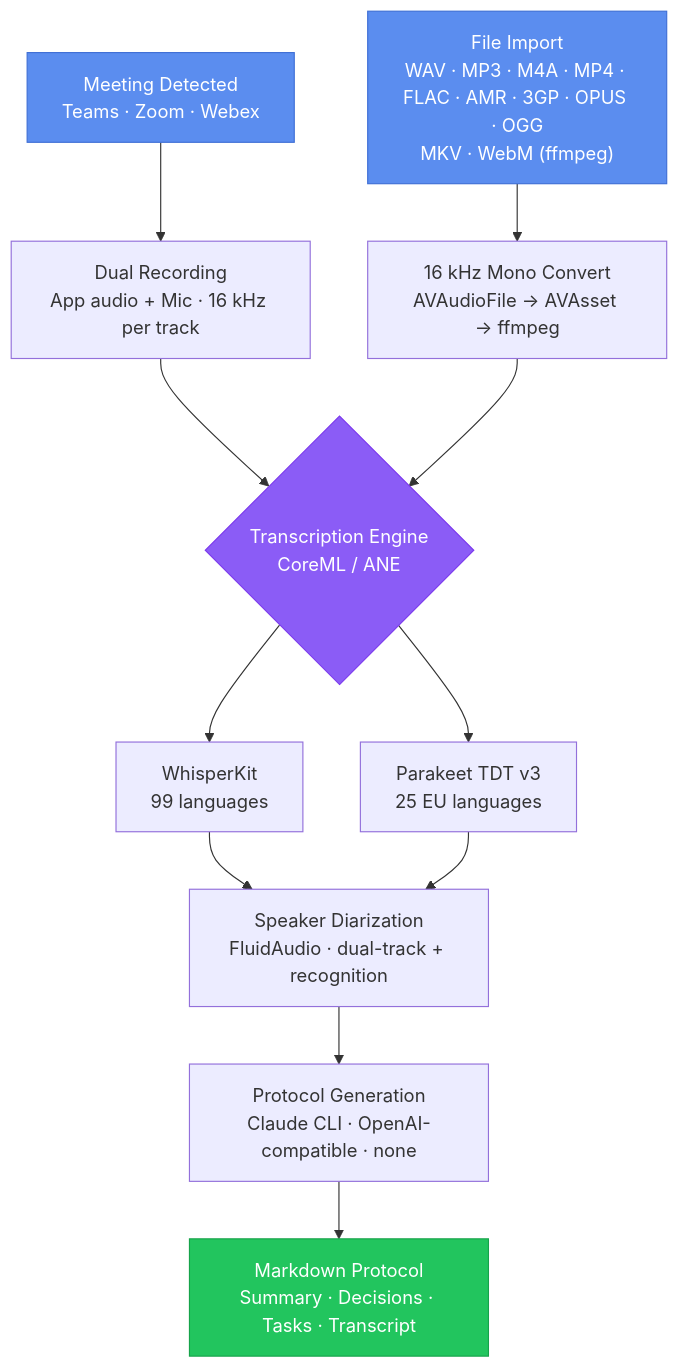
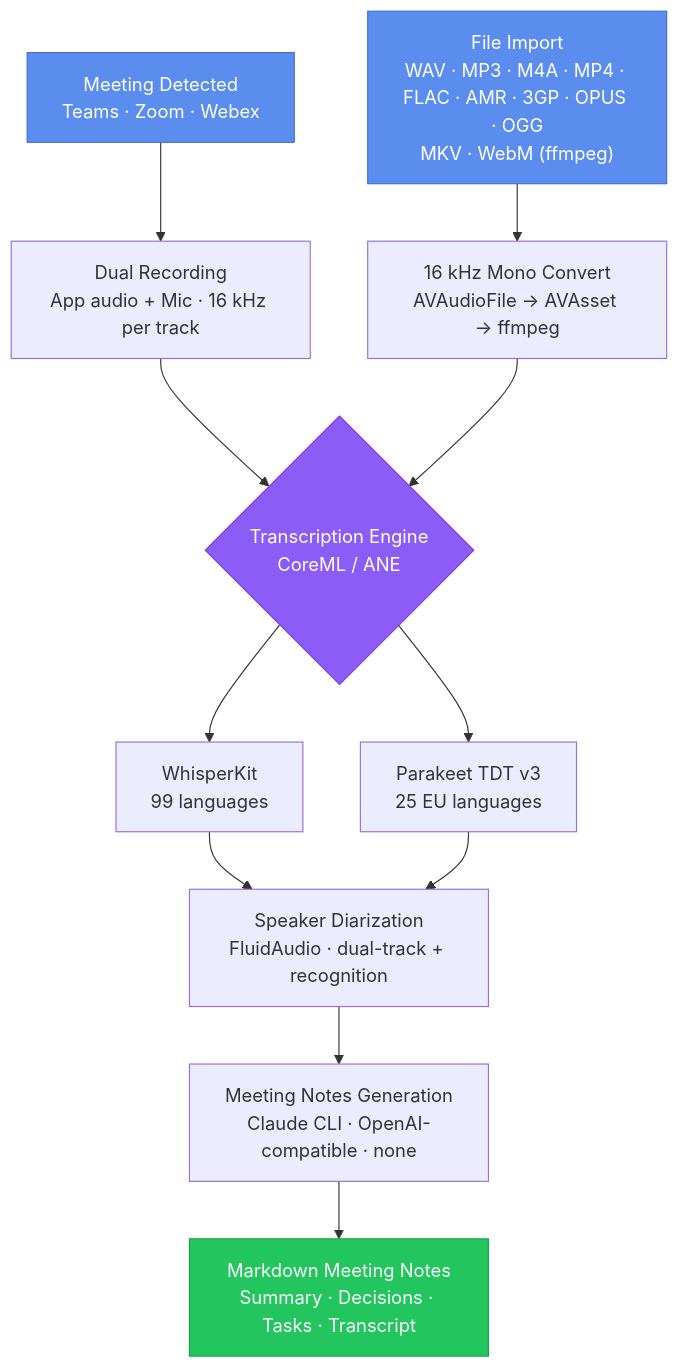
The diagram in data/readmes/pasrom__meeting-transcriber.md (zqf20096327/ai_collect), drawn with Mermaid before and after one commit. The commit also changed other lines of this file and 1840 other files, not shown here.

````diff
--- a/data/readmes/pasrom__meeting-transcriber.md
+++ b/data/readmes/pasrom__meeting-transcriber.md
@@ -48,31 +48,31 @@
 ```mermaid
 flowchart TD
     A["Meeting Detected<br/>Teams · Zoom · Webex"]
     A2["File Import<br/>WAV · MP3 · M4A · MP4 · FLAC · AMR · 3GP · OPUS · OGG<br/>MKV · WebM (ffmpeg)"]
     B["Dual Recording<br/>App audio + Mic · 16 kHz per track"]
     C["16 kHz Mono Convert<br/>AVAudioFile → AVAsset → ffmpeg"]
     D{"Transcription Engine<br/>CoreML / ANE"}
     D1["WhisperKit<br/>99 languages"]
     D2["Parakeet TDT v3<br/>25 EU languages"]
     E["Speaker Diarization<br/>FluidAudio · dual-track + recognition"]
-    F["Protocol Generation<br/>Claude CLI · OpenAI-compatible · none"]
-    G["Markdown Protocol<br/>Summary · Decisions · Tasks · Transcript"]
+    F["Meeting Notes Generation<br/>Claude CLI · OpenAI-compatible · none"]
+    G["Markdown Meeting Notes<br/>Summary · Decisions · Tasks · Transcript"]
 
     A --> B
     A2 --> C
     B --> D
     C --> D
     D --> D1
     D --> D2
     D1 --> E
     D2 --> E
     E --> F
     F --> G
 
     classDef input fill:#5B8DEF,stroke:#3F6FD5,color:#fff
     classDef engine fill:#8B5CF6,stroke:#7C3AED,color:#fff
     classDef output fill:#22C55E,stroke:#16A34A,color:#fff
     class A,A2 input
     class D engine
     class G output
 ```
````
